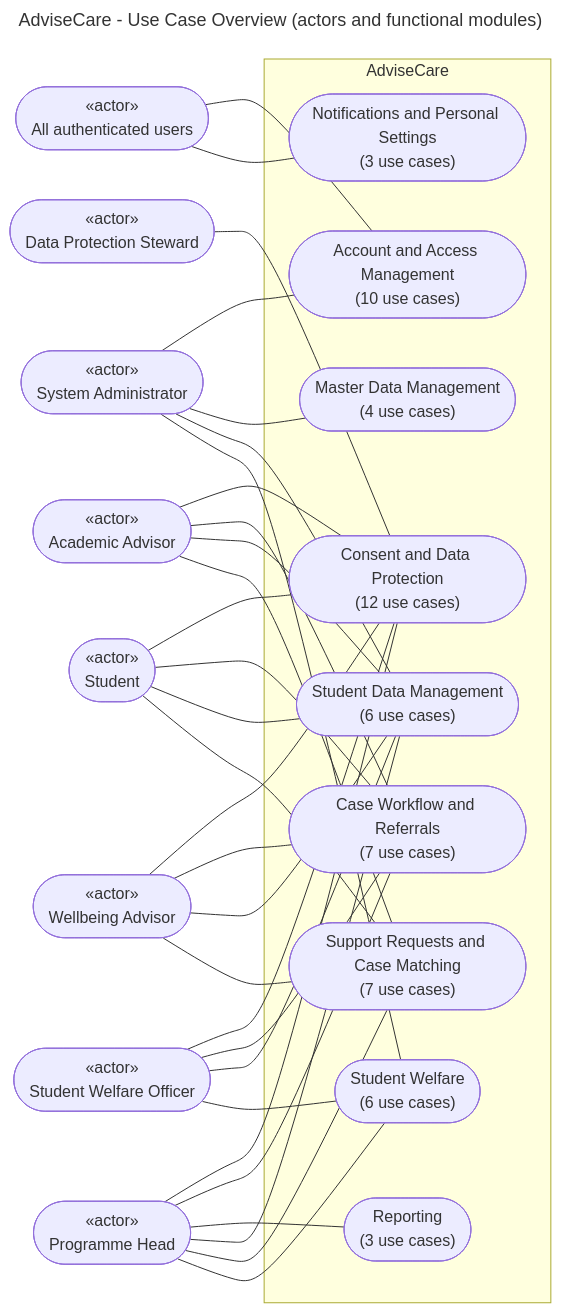
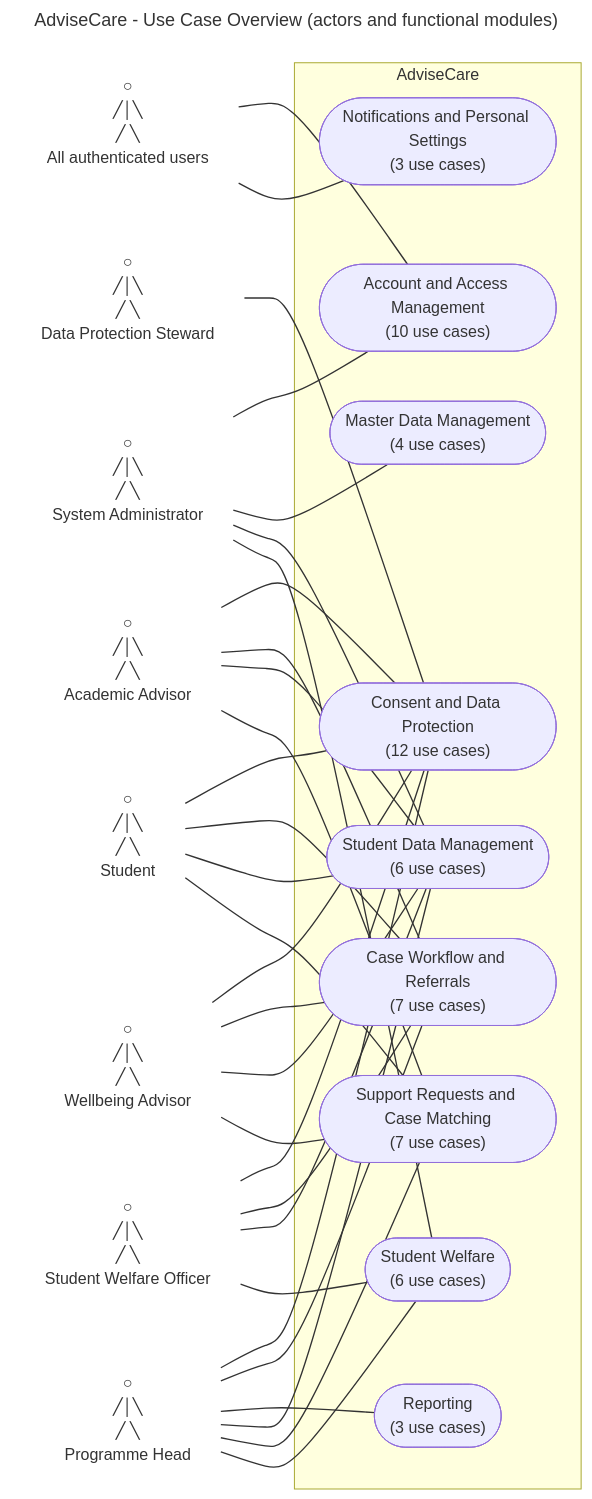
One commit to DanieLsvenn/AdviseCare changed the diagram in Mermaid/Report 3/Use Case/Use_Case_0_Overview.mmd. Above: the diagram before and after it, drawn with Mermaid. The commit also changed 36 other files, not shown here.

Commit message:
Add Advisor-Student notification message

```diff
--- a/Mermaid/Report 3/Use Case/Use_Case_0_Overview.mmd
+++ b/Mermaid/Report 3/Use Case/Use_Case_0_Overview.mmd
@@ -1,52 +1,55 @@
 ---
 title: AdviseCare - Use Case Overview (actors and functional modules)
 ---
 flowchart LR
-    ALL(["&laquo;actor&raquo;<br/>All authenticated users"])
-    ADM(["&laquo;actor&raquo;<br/>System Administrator"])
-    STW(["&laquo;actor&raquo;<br/>Data Protection Steward"])
-    AA(["&laquo;actor&raquo;<br/>Academic Advisor"])
-    WA(["&laquo;actor&raquo;<br/>Wellbeing Advisor"])
-    SWO(["&laquo;actor&raquo;<br/>Student Welfare Officer"])
-    STU(["&laquo;actor&raquo;<br/>Student"])
-    PH(["&laquo;actor&raquo;<br/>Programme Head"])
+    ALL["○<br/>╱│╲<br/>╱ ╲<br/>All authenticated users"]
+    ADM["○<br/>╱│╲<br/>╱ ╲<br/>System Administrator"]
+    STW["○<br/>╱│╲<br/>╱ ╲<br/>Data Protection Steward"]
+    AA["○<br/>╱│╲<br/>╱ ╲<br/>Academic Advisor"]
+    WA["○<br/>╱│╲<br/>╱ ╲<br/>Wellbeing Advisor"]
+    SWO["○<br/>╱│╲<br/>╱ ╲<br/>Student Welfare Officer"]
+    STU["○<br/>╱│╲<br/>╱ ╲<br/>Student"]
+    PH["○<br/>╱│╲<br/>╱ ╲<br/>Programme Head"]
     subgraph SYS["AdviseCare"]
         ACC(["Account and Access Management<br/>(10 use cases)"])
         MST(["Master Data Management<br/>(4 use cases)"])
         NTF(["Notifications and Personal Settings<br/>(3 use cases)"])
         CON(["Consent and Data Protection<br/>(12 use cases)"])
         SDA(["Student Data Management<br/>(6 use cases)"])
         SUP(["Support Requests and Case Matching<br/>(7 use cases)"])
         CWF(["Case Workflow and Referrals<br/>(7 use cases)"])
         WEL(["Student Welfare<br/>(6 use cases)"])
         RPT(["Reporting<br/>(3 use cases)"])
     end
     AA --- CON
     AA --- CWF
     AA --- SDA
     AA --- SUP
     ADM --- ACC
     ADM --- MST
     ADM --- SDA
     ADM --- WEL
     ALL --- ACC
     ALL --- NTF
     PH --- CON
     PH --- CWF
     PH --- RPT
     PH --- SDA
     PH --- SUP
     PH --- WEL
     STU --- CON
     STU --- CWF
     STU --- SDA
     STU --- SUP
     STW --- CON
     SWO --- CON
     SWO --- CWF
     SWO --- SDA
     SWO --- WEL
     WA --- CON
     WA --- CWF
     WA --- SDA
     WA --- SUP
+    linkStyle default stroke-width: 1pt;
+    classDef actor fill:transparent,stroke:transparent,stroke-width:0px;
+    class ALL,ADM,STW,AA,WA,SWO,STU,PH actor;
```
